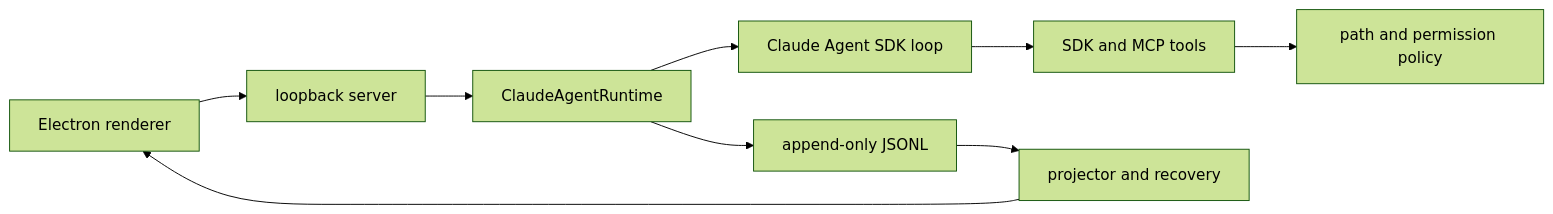
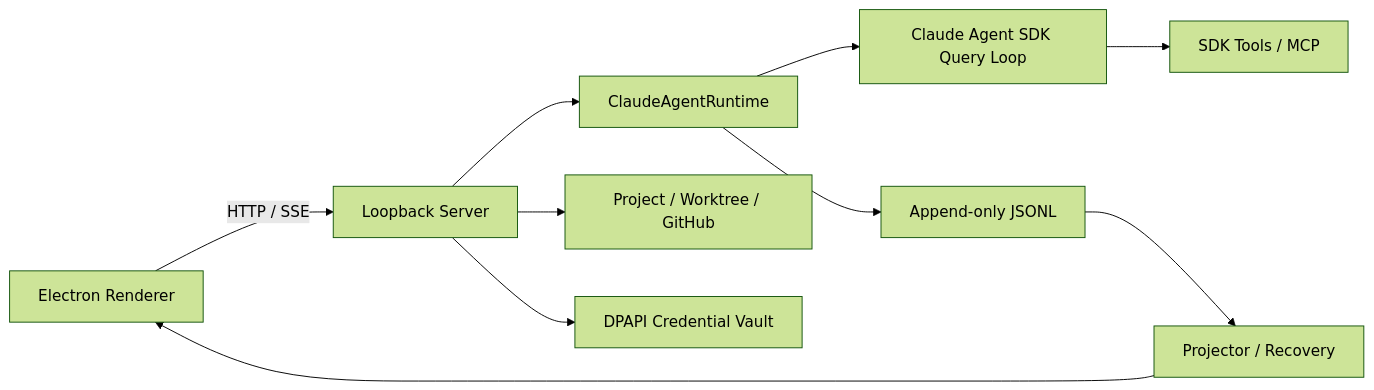
Before and after one commit to Charlotte57-zhou/codepilot-harness: the diagram in README.md, drawn with Mermaid (forest theme). The commit also changed other lines of this file and 34 other files, not shown here.

````diff
--- a/README.md
+++ b/README.md
@@ -17,11 +47,12 @@
 ```mermaid
 flowchart LR
-  UI["Electron renderer"] --> API["loopback server"]
-  API --> RT["ClaudeAgentRuntime"]
-  RT --> SDK["Claude Agent SDK loop"]
-  SDK --> TOOLS["SDK and MCP tools"]
-  TOOLS --> POLICY["path and permission policy"]
-  RT --> JSONL["append-only JSONL"]
-  JSONL --> PROJECTOR["projector and recovery"]
-  PROJECTOR --> UI
+  UI["Electron Renderer"] -->|HTTP / SSE| Server["Loopback Server"]
+  Server --> Runtime["ClaudeAgentRuntime"]
+  Runtime --> SDK["Claude Agent SDK Query Loop"]
+  SDK --> Tools["SDK Tools / MCP"]
+  Runtime --> JSONL["Append-only JSONL"]
+  JSONL --> Projector["Projector / Recovery"]
+  Projector --> UI
+  Server --> Git["Project / Worktree / GitHub"]
+  Server --> Vault["DPAPI Credential Vault"]
 ```
````
